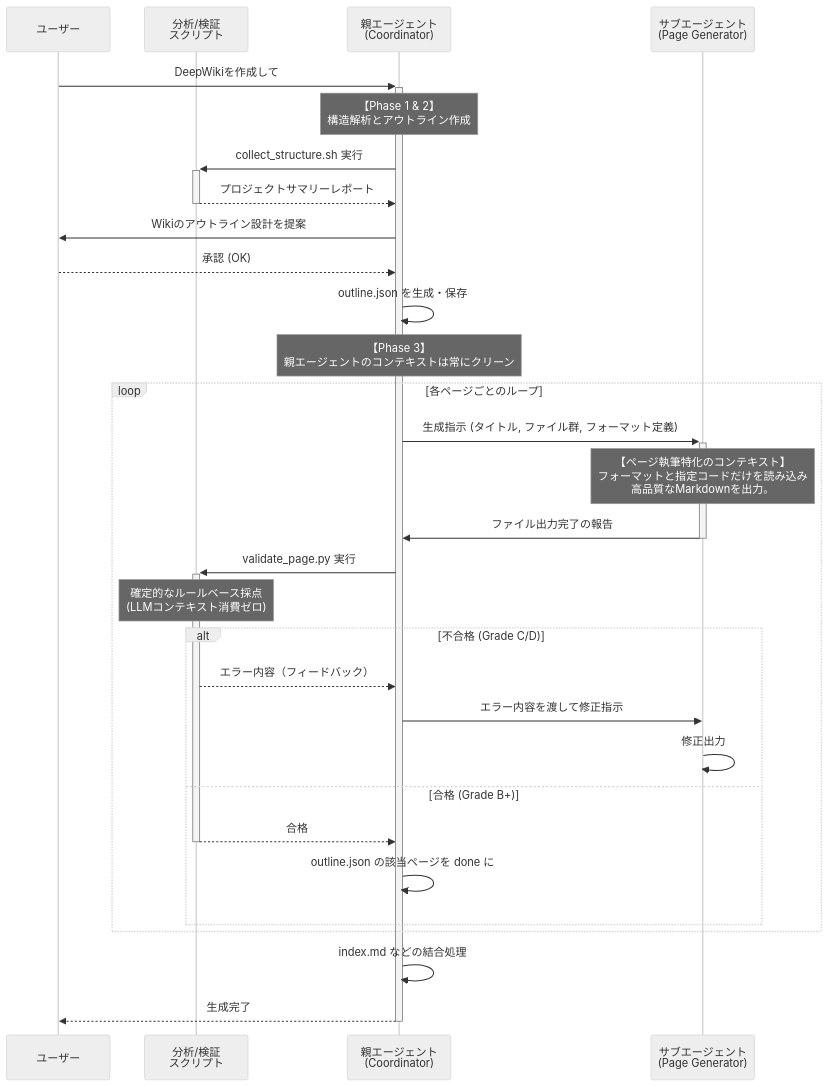
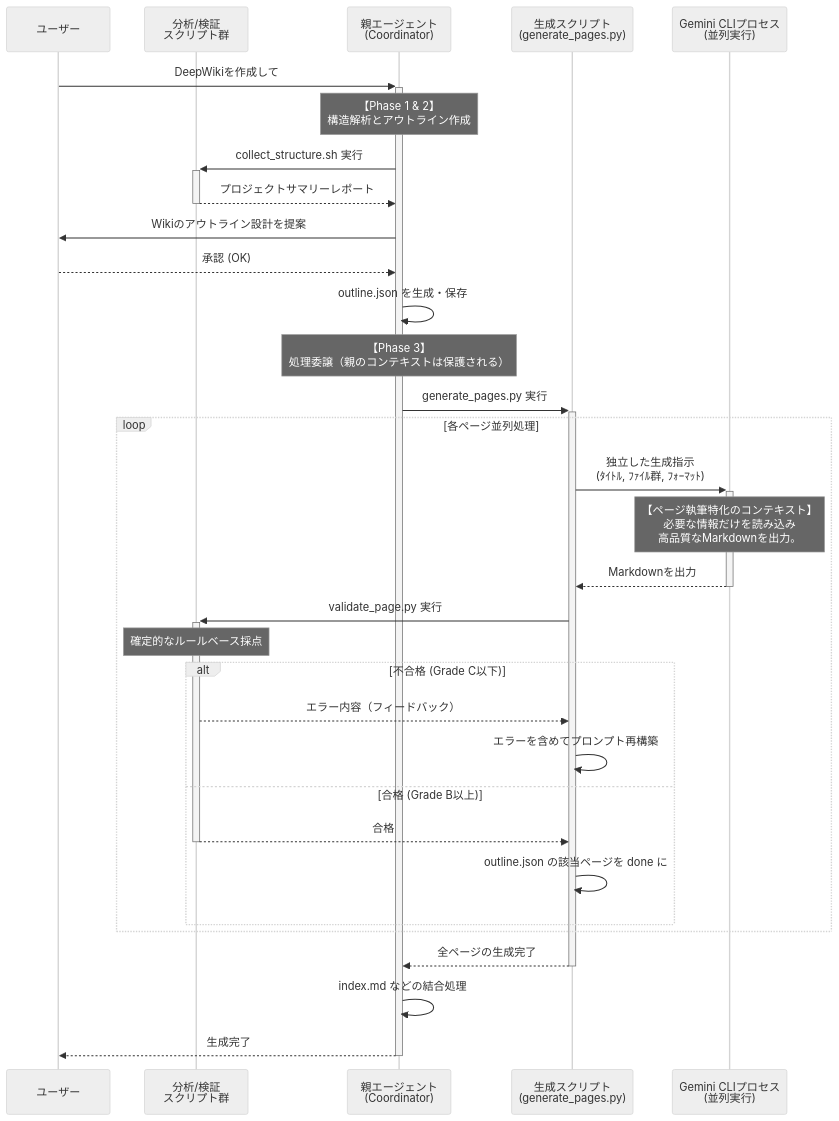
The diagram in deepwiki-skill-overview.md (akihiro4321/deepwiki-creator), drawn with Mermaid (neutral theme) before and after one commit. The commit also changed other lines of this file and 7 other files, not shown here.

````diff
--- a/deepwiki-skill-overview.md
+++ b/deepwiki-skill-overview.md
@@ -49,42 +50,45 @@
 ```mermaid
 sequenceDiagram
     participant User as ユーザー
-    participant Script1 as 分析/検証<br/>スクリプト
+    participant Script1 as 分析/検証<br/>スクリプト群
     participant Main as 親エージェント<br/>(Coordinator)
-    participant Sub as サブエージェント<br/>(Page Generator)
+    participant GenScript as 生成スクリプト<br/>(generate_pages.py)
+    participant Gemini as Gemini CLIプロセス<br/>(並列実行)
 
     User->>+Main: DeepWikiを作成して
     
     %% Phase 1 & 2
     Note over Main: 【Phase 1 & 2】<br/>構造解析とアウトライン作成
     Main->>+Script1: collect_structure.sh 実行
     Script1-->>-Main: プロジェクトサマリーレポート
     Main->>User: Wikiのアウトライン設計を提案
     User-->>Main: 承認 (OK)
     Main->>Main: outline.json を生成・保存
     
     %% Phase 3
-    Note over Main: 【Phase 3】<br/>親エージェントのコンテキストは常にクリーン
-    loop 各ページごとのループ
-        Main->>+Sub: 生成指示 (タイトル, ファイル群, フォーマット定義)
+    Note over Main: 【Phase 3】<br/>処理委譲（親のコンテキストは保護される）
+    Main->>+GenScript: generate_pages.py 実行
+    
+    loop 各ページ並列処理
+        GenScript->>+Gemini: 独立した生成指示<br/>(ﾀｲﾄﾙ, ﾌｧｲﾙ群, ﾌｫｰﾏｯﾄ)
+        Note over Gemini: 【ページ執筆特化のコンテキスト】<br/>必要な情報だけを読み込み<br/>高品質なMarkdownを出力。
+        Gemini-->>-GenScript: Markdownを出力
         
-        Note over Sub: 【ページ執筆特化のコンテキスト】<br/>フォーマットと指定コードだけを読み込み<br/>高品質なMarkdownを出力。
-        Sub->>-Main: ファイル出力完了の報告
+        GenScript->>+Script1: validate_page.py 実行
+        Note over Script1: 確定的なルールベース採点
         
-        Main->>+Script1: validate_page.py 実行
-        Note over Script1: 確定的なルールベース採点<br/>(LLMコンテキスト消費ゼロ)
-        
-        alt 不合格 (Grade C/D)
-            Script1-->>Main: エラー内容（フィードバック）
-            Main->>Sub: エラー内容を渡して修正指示
-            Sub->>Sub: 修正出力
-        else 合格 (Grade B+)
-            Script1-->>-Main: 合格
-            Main->>Main: outline.json の該当ページを done に
+        alt 不合格 (Grade C以下)
+            Script1-->>GenScript: エラー内容（フィードバック）
+            GenScript->>GenScript: エラーを含めてプロンプト再構築
+        else 合格 (Grade B以上)
+            Script1-->>-GenScript: 合格
+            GenScript->>GenScript: outline.json の該当ページを done に
         end
     end
+    
+    GenScript-->>-Main: 全ページの生成完了
     
     %% Phase 4
     Main->>Main: index.md などの結合処理
     Main-->>-User: 生成完了
 ```
````
